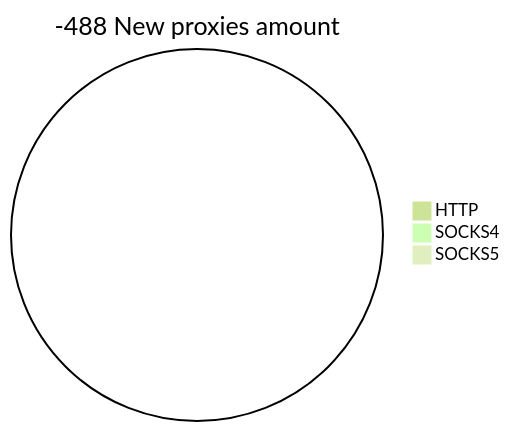
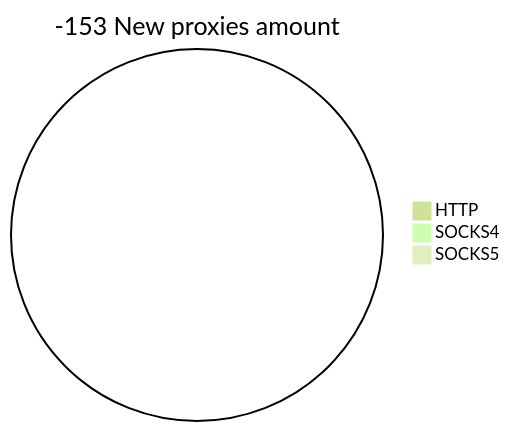
The second of 2 diagrams in README.md (cutipu/proxylist), drawn with Mermaid (forest theme) before and after one commit. The commit also changed other lines of this file, not shown here.

````diff
--- a/README.md
+++ b/README.md
@@ -10,6 +10,6 @@
 ```mermaid
-pie title -488 New proxies amount
+pie title -153 New proxies amount
     "HTTP" : 0
     "SOCKS4" : 0
     "SOCKS5" : 0
 ```
````
